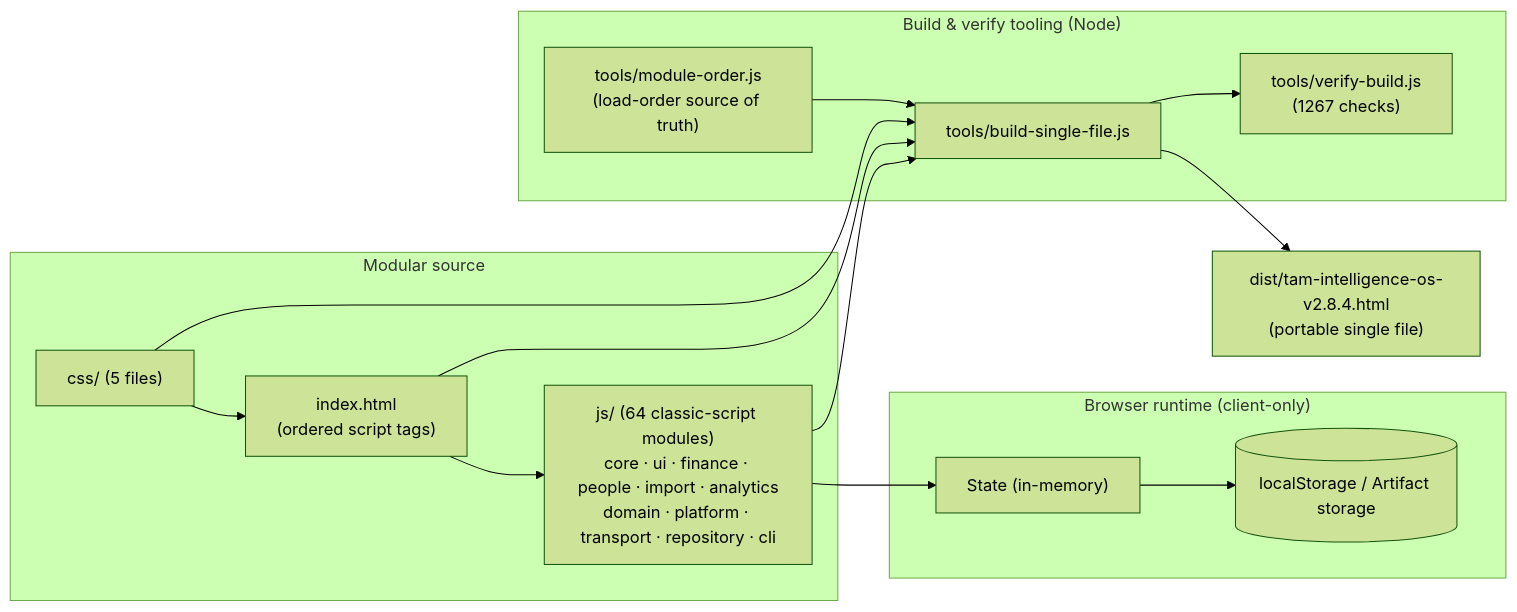
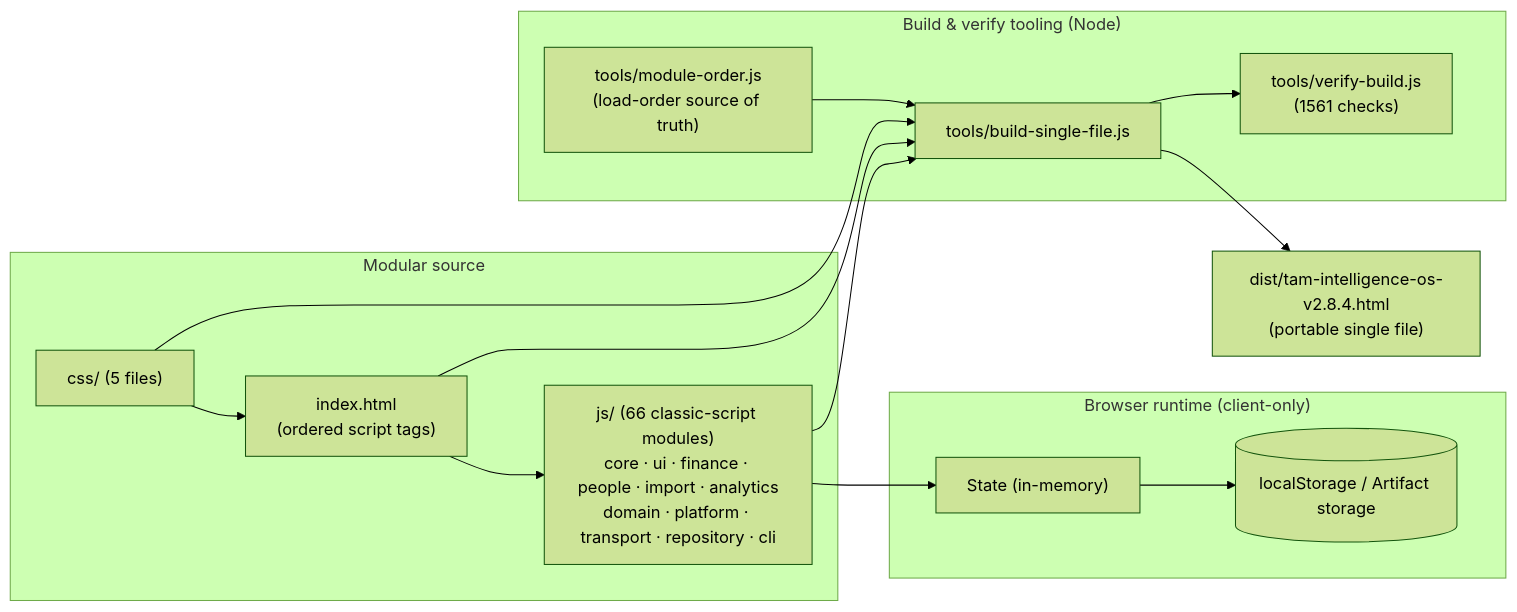
The first of 2 diagrams in README.md (fanoryu/TAM-Intelligence-OS), drawn with Mermaid (forest theme) before and after one commit. The commit also changed other lines of this file and 4 other files, not shown here.

````diff
--- a/README.md
+++ b/README.md
@@ -178,27 +178,27 @@
 ```mermaid
 flowchart LR
   subgraph Source["Modular source"]
     IDX["index.html<br/>(ordered script tags)"]
     CSS["css/ (5 files)"]
-    JS["js/ (64 classic-script modules)<br/>core · ui · finance · people · import · analytics<br/>domain · platform · transport · repository · cli"]
+    JS["js/ (66 classic-script modules)<br/>core · ui · finance · people · import · analytics<br/>domain · platform · transport · repository · cli"]
   end
   subgraph Runtime["Browser runtime (client-only)"]
     STATE["State (in-memory)"]
     LS[("localStorage / Artifact storage")]
   end
   subgraph Build["Build & verify tooling (Node)"]
     ORDER["tools/module-order.js<br/>(load-order source of truth)"]
     BUILD["tools/build-single-file.js"]
-    VERIFY["tools/verify-build.js<br/>(1267 checks)"]
+    VERIFY["tools/verify-build.js<br/>(1561 checks)"]
   end
   DIST["dist/tam-intelligence-os-v2.8.4.html<br/>(portable single file)"]
 
   IDX --> JS --> STATE --> LS
   CSS --> IDX
   ORDER --> BUILD
   IDX --> BUILD
   CSS --> BUILD
   JS --> BUILD
   BUILD --> DIST
   BUILD --> VERIFY
 ```
````
